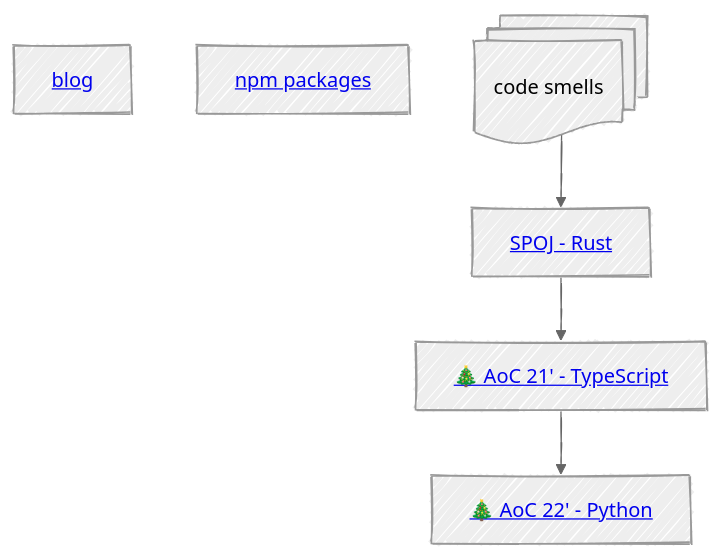
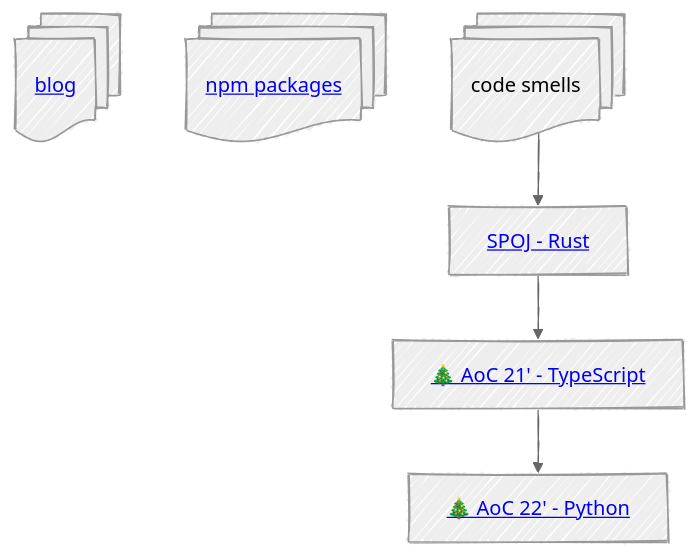
Before and after one commit to twistezo/twistezo: the diagram in README.md, drawn with Mermaid.

````diff
--- a/README.md
+++ b/README.md
@@ -1,16 +1,16 @@
 ```mermaid
 ---
 config:
   look: handDrawn
   theme: neutral
 ---
 flowchart TD
     blog & npm_packages & code_smells
-    blog[<a href="https://twistezo.github.io/blog/" style="">blog</a>]
-    npm_packages[<a href="https://www.npmjs.com/~twistezo" style="">npm packages</a>]
+    blog@{ shape: docs, label:[<a href="https://twistezo.github.io/blog/" style="">blog</a>]}
+    npm_packages@{ shape: docs, label:[<a href="https://www.npmjs.com/~twistezo" style="">npm packages</a>]}
     
     code_smells@{ shape: docs, label: "code smells"} --> A[<a href="https://github.com/twistezo/spoj-tournament" style="">SPOJ - Rust</a>]
     A --> B[<a href="https://github.com/twistezo/advent-of-code-2021" style="">🎄 AoC 21' - TypeScript</a>]
     B --> C[<a href="https://github.com/twistezo/advent-of-code-2021" style="">🎄 AoC 22' - Python</a>]
 
 ```
````
